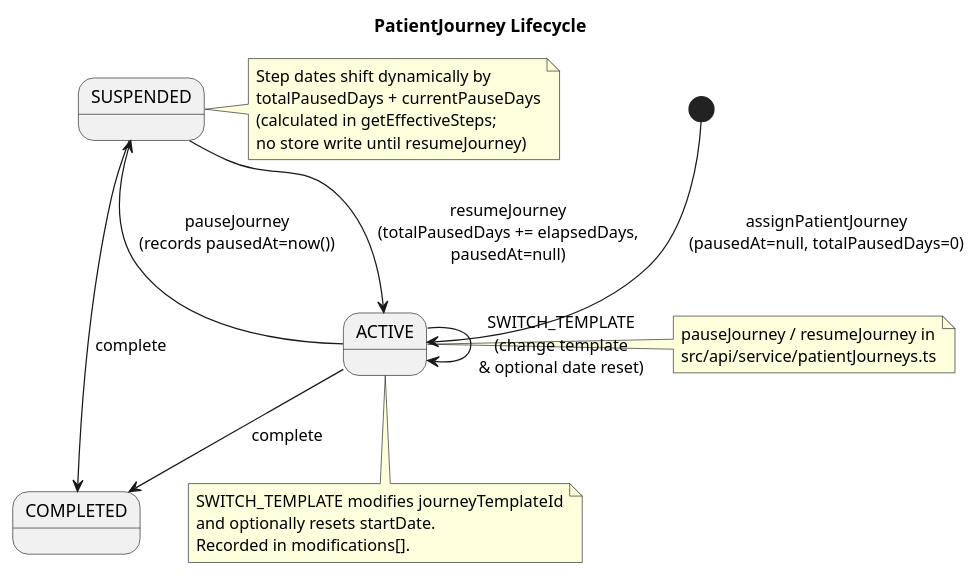
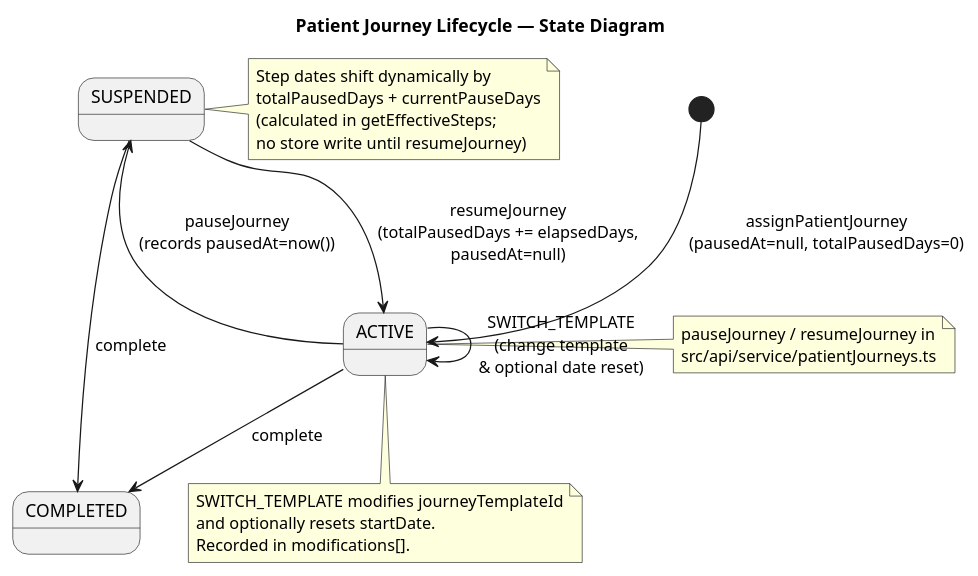
One commit to gforge/DUK changed the diagram in docs/diagrams/patient-journey-lifecycle.puml. Above: the diagram before and after it, drawn with PlantUML. The commit also changed 38 other files, not shown here.

```diff
--- a/docs/diagrams/patient-journey-lifecycle.puml
+++ b/docs/diagrams/patient-journey-lifecycle.puml
@@ -1,35 +1,35 @@
 @startuml
-title PatientJourney Lifecycle
+title Patient Journey Lifecycle — State Diagram
 
 state ACTIVE
 state SUSPENDED
 state COMPLETED
 
 [*] --> ACTIVE : assignPatientJourney\n(pausedAt=null, totalPausedDays=0)
 
 ACTIVE --> SUSPENDED : pauseJourney\n(records pausedAt=now())
 SUSPENDED --> ACTIVE : resumeJourney\n(totalPausedDays += elapsedDays,\npausedAt=null)
 ACTIVE --> COMPLETED : complete
 SUSPENDED --> COMPLETED : complete
 
 ACTIVE --> ACTIVE : SWITCH_TEMPLATE\n(change template\n& optional date reset)
 
 note right of SUSPENDED
   Step dates shift dynamically by
   totalPausedDays + currentPauseDays
   (calculated in getEffectiveSteps;
   no store write until resumeJourney)
 end note
 
 note right of ACTIVE
   pauseJourney / resumeJourney in
   src/api/service/patientJourneys.ts
 end note
 
 note bottom of ACTIVE
   SWITCH_TEMPLATE modifies journeyTemplateId
   and optionally resets startDate.
   Recorded in modifications[].
 end note
 
 @enduml
```
